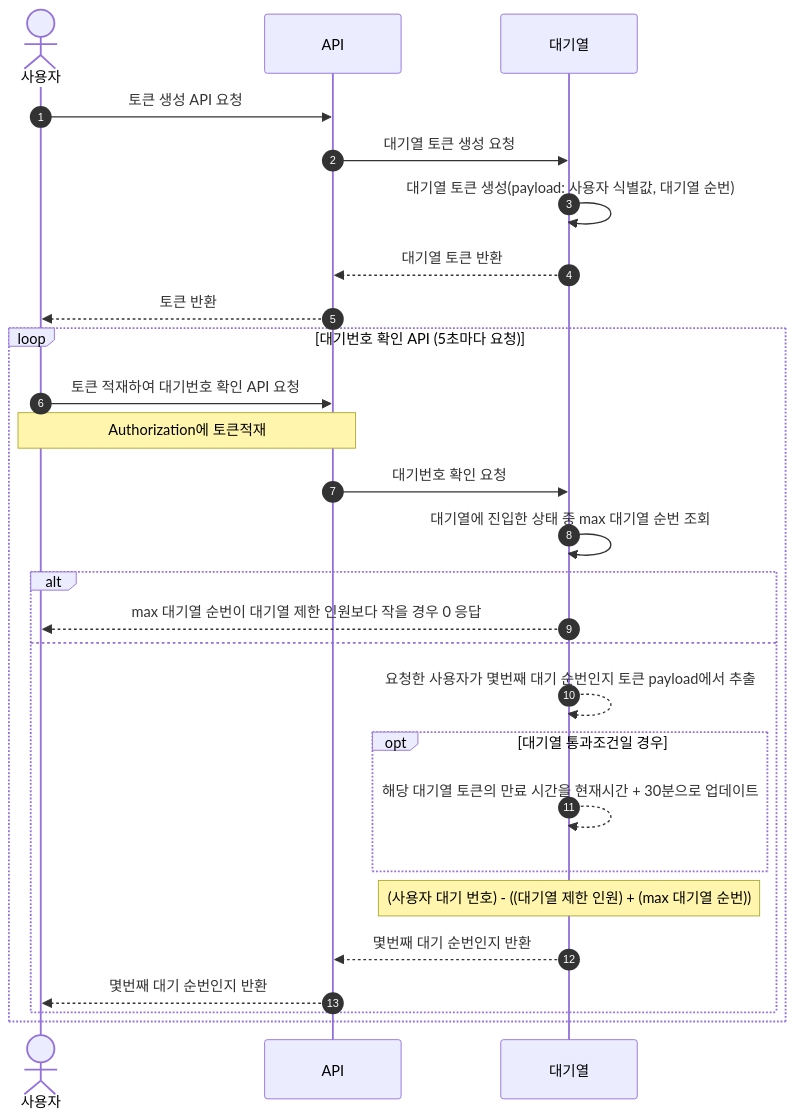
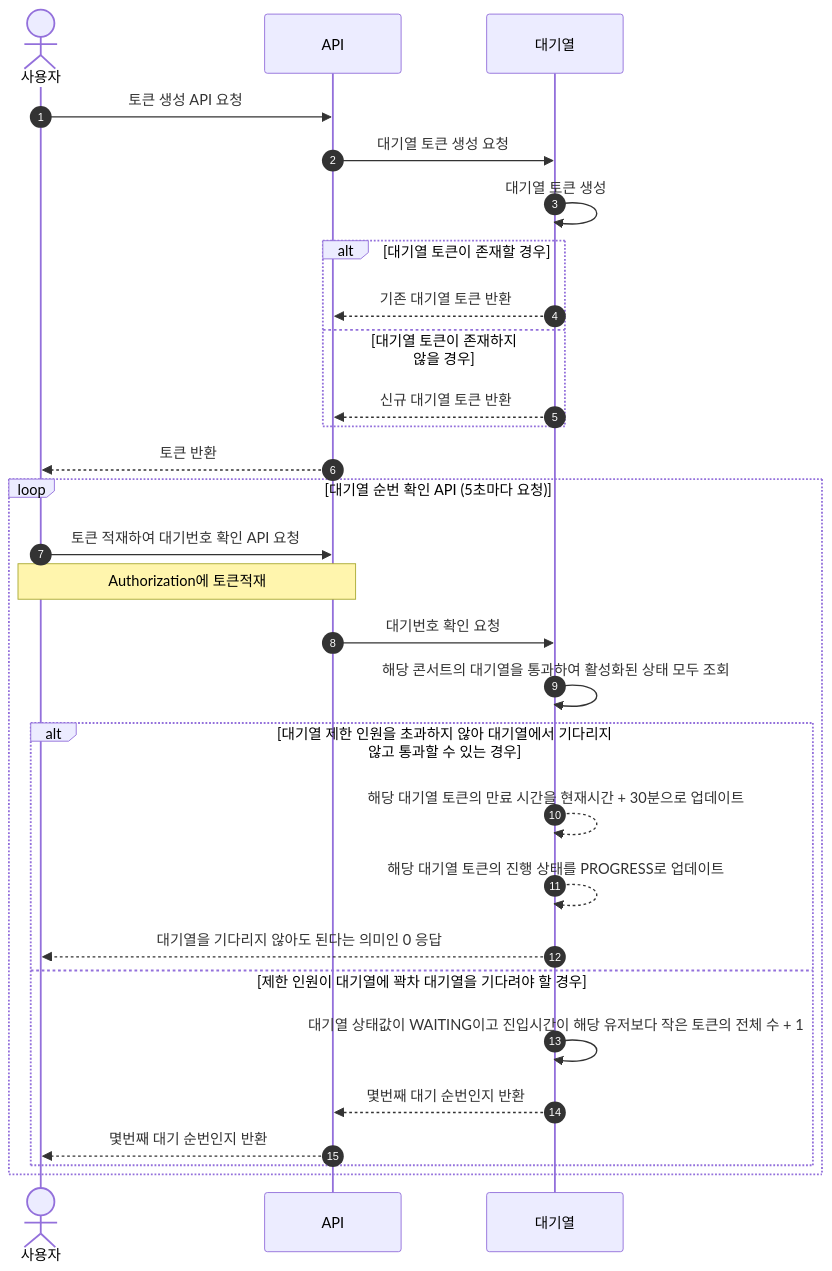
The first of 7 diagrams in docs/sequence.md (jikimee64/hhplus-concert), drawn with Mermaid before and after one commit. The commit also changed other lines of this file and 84 other files, not shown here.

First line of the commit message:
Step8 대기열 토큰 확인 - 대기열을 통과하는 경우 (#6)

````diff
--- a/docs/sequence.md
+++ b/docs/sequence.md
@@ -5,29 +5,31 @@
 ```mermaid
 sequenceDiagram
     autonumber
     actor 사용자 as 사용자
     participant API as API
     participant 대기열 as 대기열
     사용자 ->> API: 토큰 생성 API 요청
     API ->> 대기열: 대기열 토큰 생성 요청
-    대기열 ->> 대기열: 대기열 토큰 생성(payload: 사용자 식별값, 대기열 순번)
-    대기열 -->> API: 대기열 토큰 반환
+    대기열 ->> 대기열: 대기열 토큰 생성
+    alt 대기열 토큰이 존재할 경우
+        대기열 -->> API: 기존 대기열 토큰 반환
+    else 대기열 토큰이 존재하지 않을 경우
+        대기열 -->> API: 신규 대기열 토큰 반환
+    end
     API -->> 사용자: 토큰 반환
-    loop 대기번호 확인 API (5초마다 요청)
+    loop 대기열 순번 확인 API (5초마다 요청)
         사용자 ->> API: 토큰 적재하여 대기번호 확인 API 요청
         Note over 사용자, API: Authorization에 토큰적재
         API ->> 대기열: 대기번호 확인 요청
-        대기열 ->> 대기열: 대기열에 진입한 상태 중 max 대기열 순번 조회
-        alt
-            대기열 -->> 사용자: max 대기열 순번이 대기열 제한 인원보다 작을 경우 0 응답
-        else
-            대기열 -->> 대기열: 요청한 사용자가 몇번째 대기 순번인지 토큰 payload에서 추출
-            opt 대기열 통과조건일 경우
-                대기열 -->> 대기열: 해당 대기열 토큰의 만료 시간을 현재시간 + 30분으로 업데이트
-            end
-            Note over 대기열, 대기열: (사용자 대기 번호) - ((대기열 제한 인원) + (max 대기열 순번))
+        대기열 ->> 대기열: 해당 콘서트의 대기열을 통과하여 활성화된 상태 모두 조회
+        alt 대기열 제한 인원을 초과하지 않아 대기열에서 기다리지 않고 통과할 수 있는 경우
+            대기열 -->> 대기열: 해당 대기열 토큰의 만료 시간을 현재시간 + 30분으로 업데이트
+            대기열 -->> 대기열: 해당 대기열 토큰의 진행 상태를 PROGRESS로 업데이트
+            대기열 -->> 사용자: 대기열을 기다리지 않아도 된다는 의미인 0 응답
+        else 제한 인원이 대기열에 꽉차 대기열을 기다려야 할 경우
+            대기열 ->> 대기열: 대기열 상태값이 WAITING이고 진입시간이 해당 유저보다 작은 토큰의 전체 수 + 1
             대기열 -->> API: 몇번째 대기 순번인지 반환
             API -->> 사용자: 몇번째 대기 순번인지 반환
         end
     end
 ```
````
